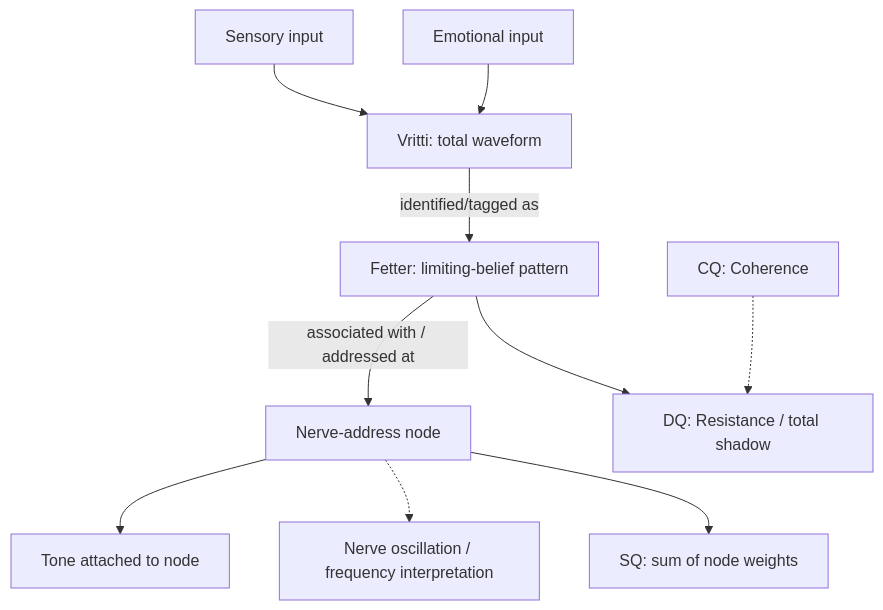
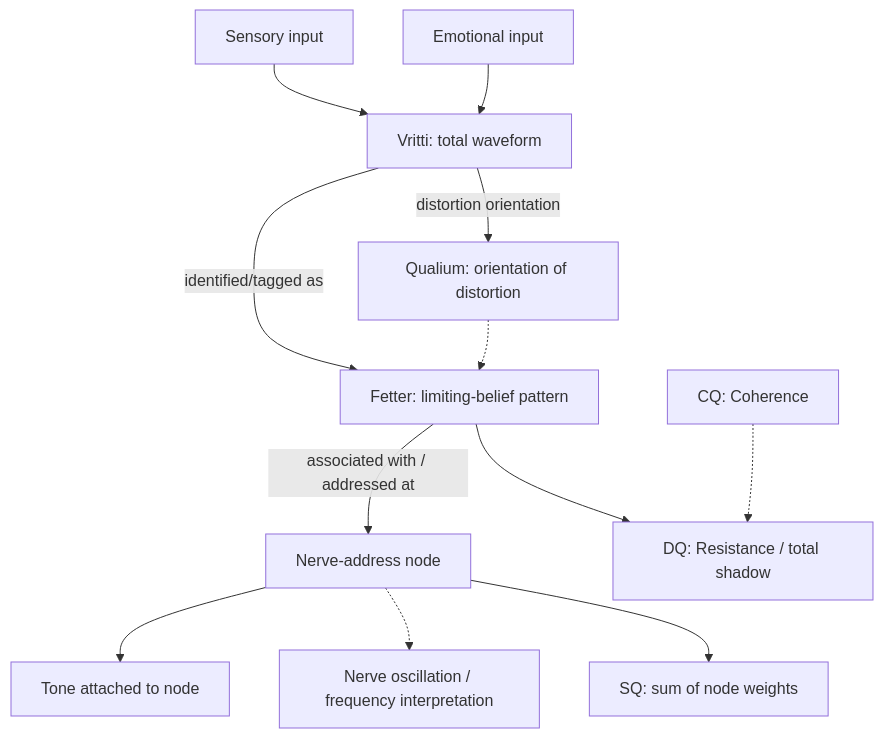
Before and after one commit to rebootos-sourcce/MOB: the diagram in docs/ATUNED_VRITTI_NERVE_SIGNAL_FETTER_MARKER_TDD_v1.md, drawn with Mermaid. The commit also changed other lines of this file, not shown here.

Commit message:
docs: define qualium as distortion orientation

````diff
--- a/docs/ATUNED_VRITTI_NERVE_SIGNAL_FETTER_MARKER_TDD_v1.md
+++ b/docs/ATUNED_VRITTI_NERVE_SIGNAL_FETTER_MARKER_TDD_v1.md
@@ -23,12 +25,14 @@
 ```mermaid
 flowchart TB
  S["Sensory input"] --> V["Vritti: total waveform"]
  E["Emotional input"] --> V
  V -->|"identified/tagged as"| F["Fetter: limiting-belief pattern"]
+ V -->|"distortion orientation"| Q["Qualium: orientation of distortion"]
+ Q -.-> F
  F -->|"associated with / addressed at"| N["Nerve-address node"]
  N --> T["Tone attached to node"]
  N -.-> W["Nerve oscillation / frequency interpretation"]
  F --> DQ["DQ: Resistance / total shadow"]
  N --> SQ["SQ: sum of node weights"]
  CQ["CQ: Coherence"] -.-> DQ
 ```
````
